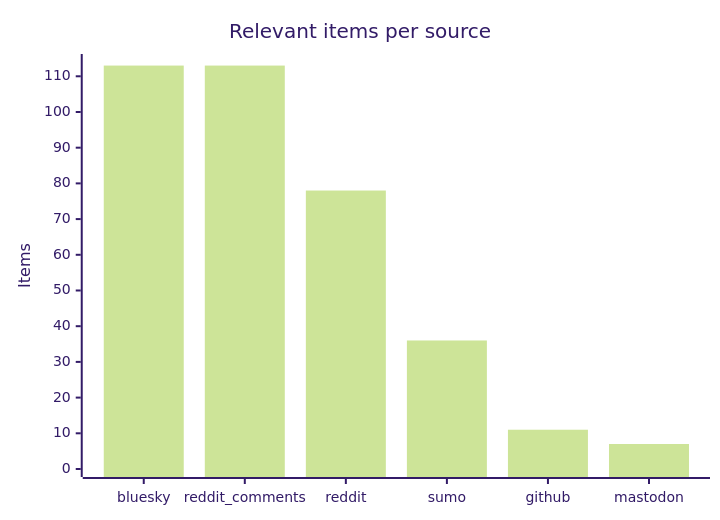
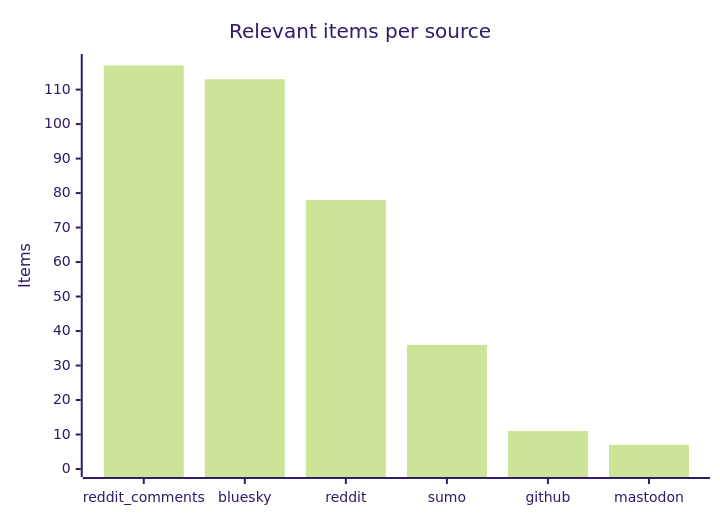
One commit to martinbalfanz/social-scanner-reports changed the third of 4 diagrams in README.md. Above: the diagram before and after it, drawn with Mermaid (forest theme). The commit also changed other lines of this file and 2 other files, not shown here.

````diff
--- a/README.md
+++ b/README.md
@@ -48,7 +48,7 @@
 ```mermaid
 xychart-beta
     title "Relevant items per source"
-    x-axis ["bluesky", "reddit_comments", "reddit", "sumo", "github", "mastodon"]
-    y-axis "Items" 0 --> 114
-    bar [113, 113, 78, 36, 11, 7]
+    x-axis ["reddit_comments", "bluesky", "reddit", "sumo", "github", "mastodon"]
+    y-axis "Items" 0 --> 118
+    bar [117, 113, 78, 36, 11, 7]
 ```
````
